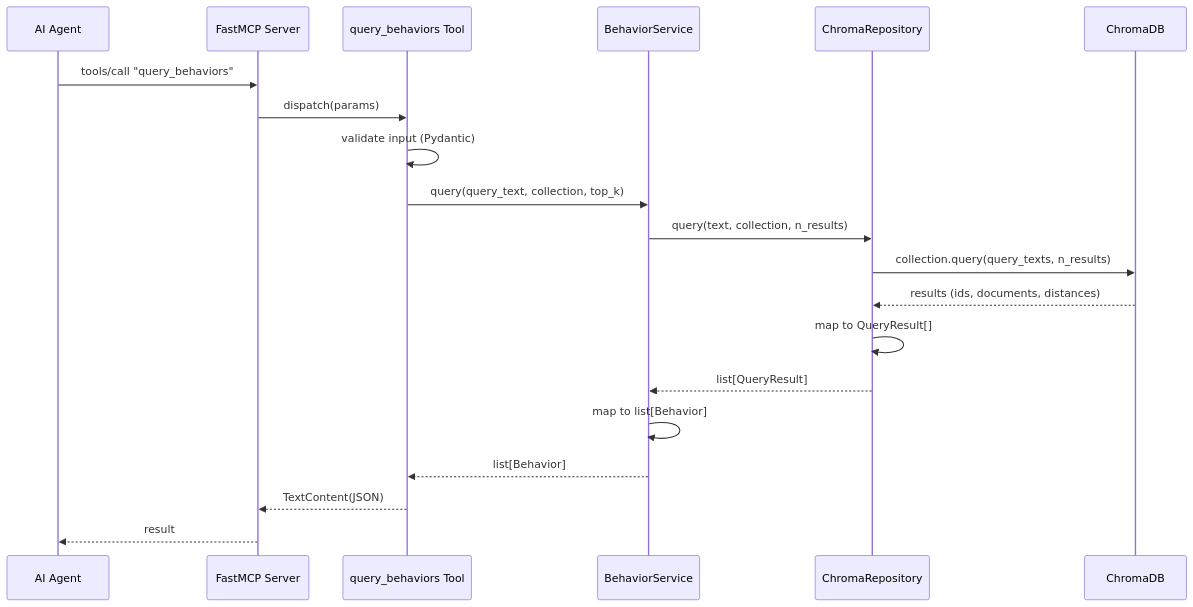
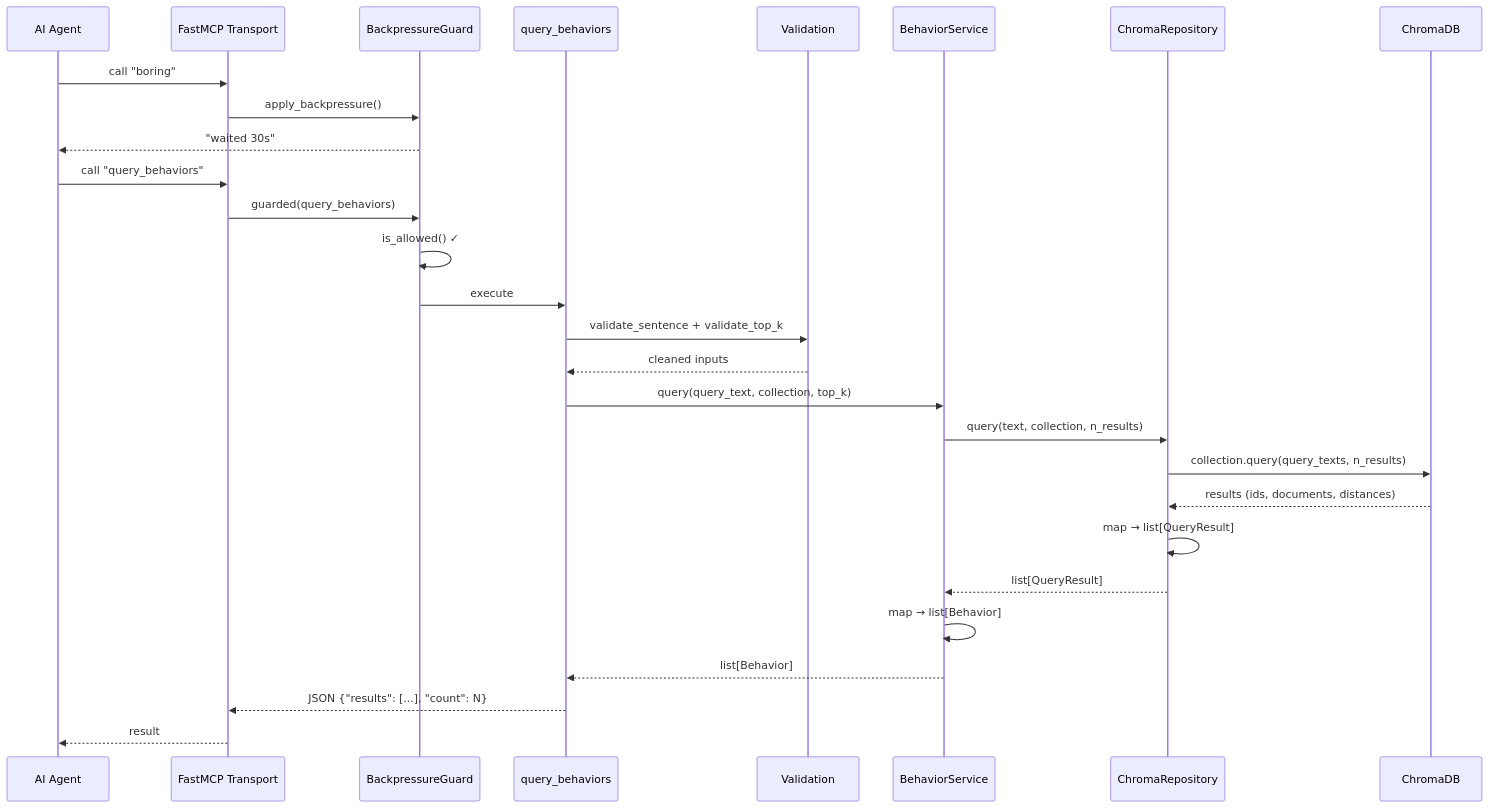
Before and after one commit to Zaexv/boring-mcp: the fifth of 6 diagrams in ai-docs/architecture.md, drawn with Mermaid. The commit also changed other lines of this file and 21 other files, not shown here.

````diff
--- a/ai-docs/architecture.md
+++ b/ai-docs/architecture.md
@@ -171,23 +228,32 @@
 ```mermaid
 sequenceDiagram
     participant Agent as AI Agent
-    participant MCP as FastMCP Server
-    participant Tool as query_behaviors Tool
+    participant MCP as FastMCP Transport
+    participant Guard as BackpressureGuard
+    participant Tool as query_behaviors
+    participant Val as Validation
     participant Svc as BehaviorService
     participant Repo as ChromaRepository
     participant DB as ChromaDB
 
-    Agent->>MCP: tools/call "query_behaviors"
-    MCP->>Tool: dispatch(params)
-    Tool->>Tool: validate input (Pydantic)
+    Agent->>MCP: call "boring"
+    MCP->>Guard: apply_backpressure()
+    Guard-->>Agent: "waited 30s"
+
+    Agent->>MCP: call "query_behaviors"
+    MCP->>Guard: guarded(query_behaviors)
+    Guard->>Guard: is_allowed() ✓
+    Guard->>Tool: execute
+    Tool->>Val: validate_sentence + validate_top_k
+    Val-->>Tool: cleaned inputs
     Tool->>Svc: query(query_text, collection, top_k)
     Svc->>Repo: query(text, collection, n_results)
     Repo->>DB: collection.query(query_texts, n_results)
     DB-->>Repo: results (ids, documents, distances)
-    Repo->>Repo: map to QueryResult[]
+    Repo->>Repo: map → list[QueryResult]
     Repo-->>Svc: list[QueryResult]
-    Svc->>Svc: map to list[Behavior]
+    Svc->>Svc: map → list[Behavior]
     Svc-->>Tool: list[Behavior]
-    Tool-->>MCP: TextContent(JSON)
+    Tool-->>MCP: JSON {"results": [...], "count": N}
     MCP-->>Agent: result
 ```
````
